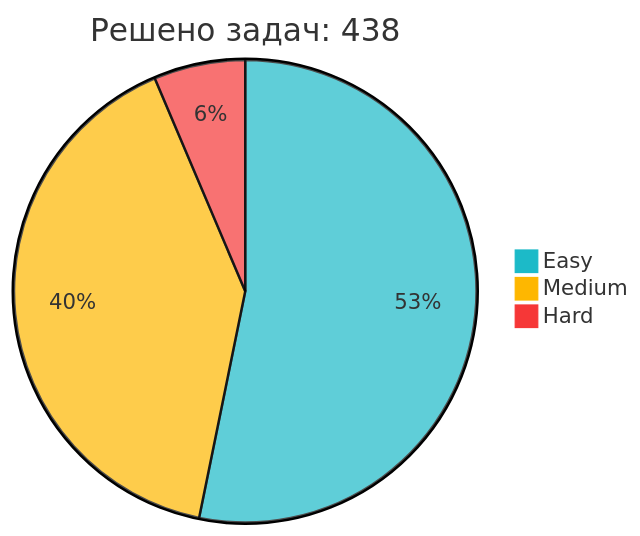
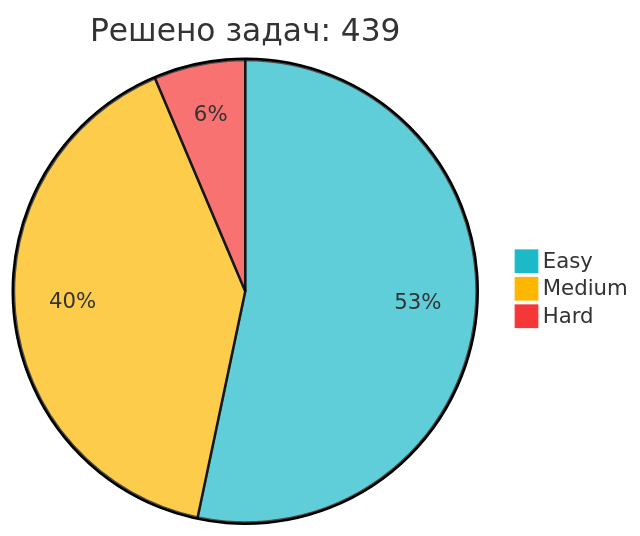
The diagram in README.md (IliaKurdukov/IliaKurdukov), drawn with Mermaid before and after one commit. The commit also changed other lines of this file, not shown here.

Commit message:
📈 Обновление статистики LeetCode

````diff
--- a/README.md
+++ b/README.md
@@ -51,7 +51,7 @@
 ```mermaid
 %%{init: {'theme': 'base', 'themeVariables': { 'pie1': '#1CBAC8', 'pie2': '#FEB700', 'pie3': '#F63737' }, 'config': {'width': 300, 'height': 200}}}%%
-pie title Решено задач: 438
-   "Easy" : 233
+pie title Решено задач: 439
+   "Easy" : 234
    "Medium" : 177
    "Hard" : 28
 ```
````
